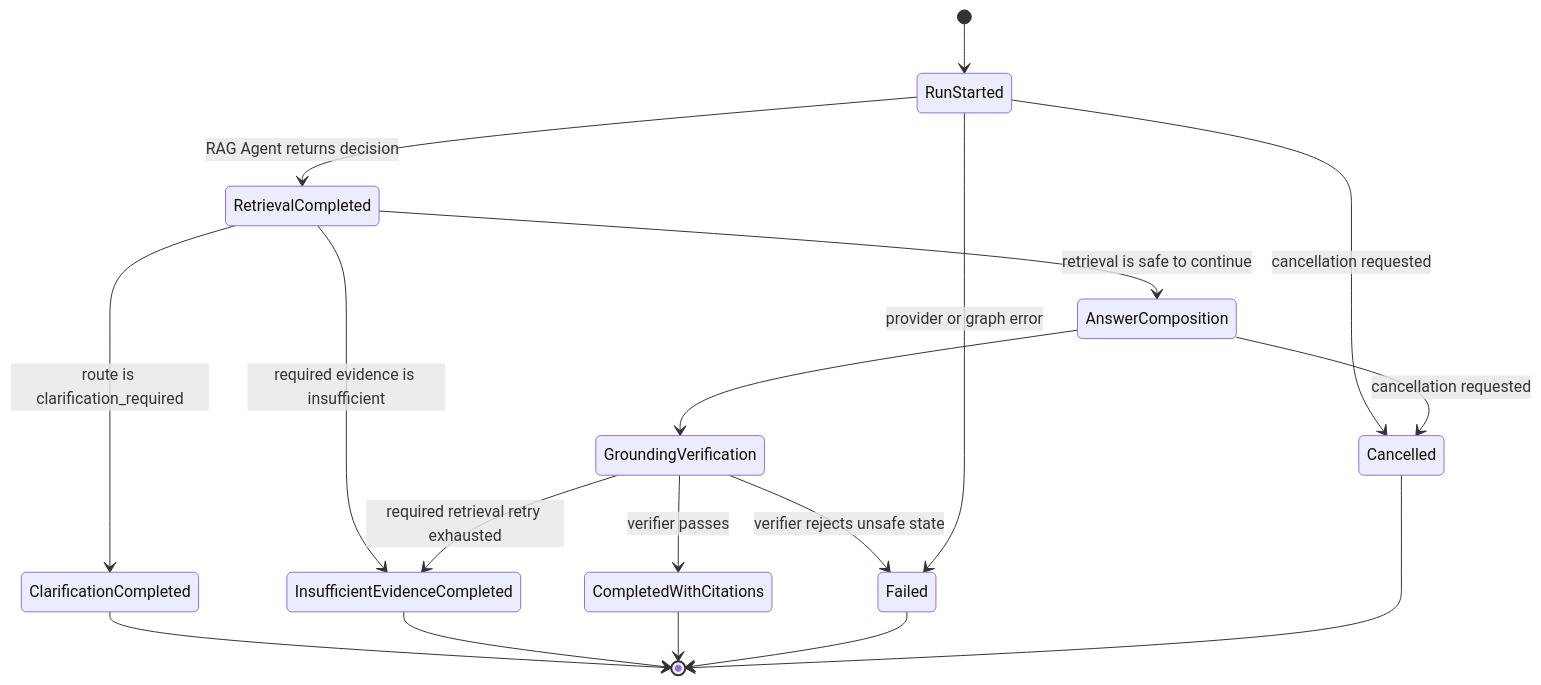
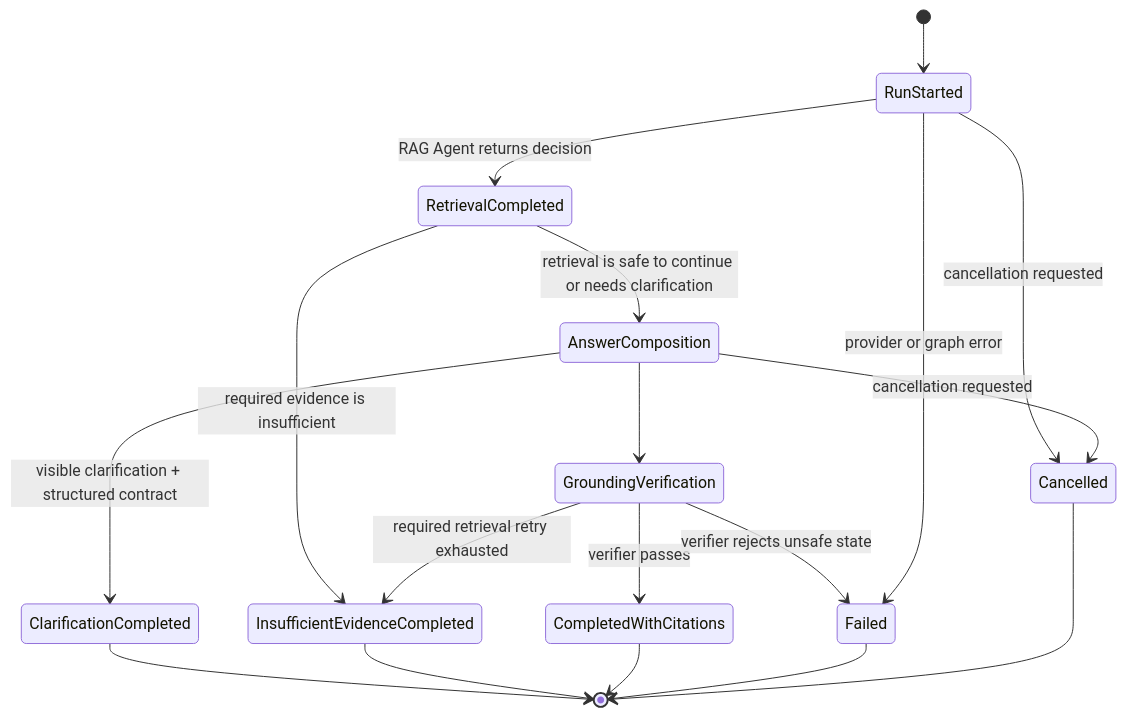
Before and after one commit to heecheon92/my-agents: the eighth of 10 diagrams in docs/product-chat-service/en/22-general-assistant-rag-agent-architecture-change-report.md, drawn with Mermaid. The commit also changed other lines of this file and 13 other files, not shown here.

First line of the commit message:
Preserve visible assistant replies for RAG clarification

````diff
--- a/docs/product-chat-service/en/22-general-assistant-rag-agent-architecture-change-report.md
+++ b/docs/product-chat-service/en/22-general-assistant-rag-agent-architecture-change-report.md
@@ -320,20 +326,20 @@
 ```mermaid
 stateDiagram-v2
     [*] --> RunStarted
     RunStarted --> RetrievalCompleted: RAG Agent returns decision
-    RetrievalCompleted --> ClarificationCompleted: route is clarification_required
     RetrievalCompleted --> InsufficientEvidenceCompleted: required evidence is insufficient
-    RetrievalCompleted --> AnswerComposition: retrieval is safe to continue
+    RetrievalCompleted --> AnswerComposition: retrieval is safe to continue or needs clarification
+    AnswerComposition --> ClarificationCompleted: visible clarification + structured contract
     AnswerComposition --> GroundingVerification
     GroundingVerification --> CompletedWithCitations: verifier passes
     GroundingVerification --> InsufficientEvidenceCompleted: required retrieval retry exhausted
     GroundingVerification --> Failed: verifier rejects unsafe state
     RunStarted --> Failed: provider or graph error
     RunStarted --> Cancelled: cancellation requested
     AnswerComposition --> Cancelled: cancellation requested
     ClarificationCompleted --> [*]
     InsufficientEvidenceCompleted --> [*]
     CompletedWithCitations --> [*]
     Failed --> [*]
     Cancelled --> [*]
 ```
````
